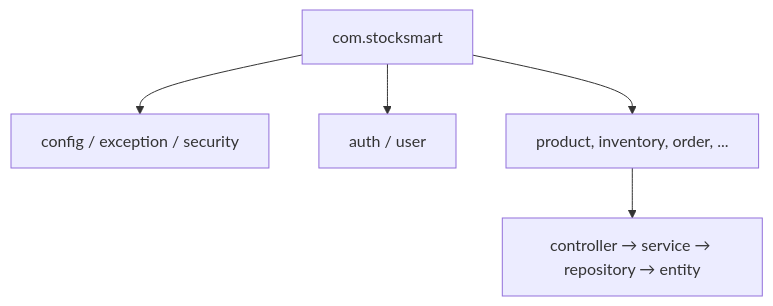
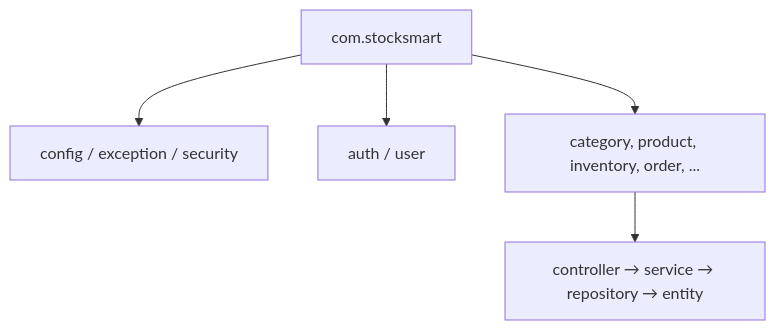
One commit to kirtika-0102/StockSmart changed the first of 4 diagrams in docs/backend-architecture.md. Above: the diagram before and after it, drawn with Mermaid. The commit also changed other lines of this file and 198 other files, not shown here.

````diff
--- a/docs/backend-architecture.md
+++ b/docs/backend-architecture.md
@@ -41,7 +43,7 @@
 ```mermaid
 flowchart TD
     Root["com.stocksmart"] --> Config["config / exception / security"]
     Root --> Auth["auth / user"]
-    Root --> Features["product, inventory, order, ..."]
+    Root --> Features["category, product, inventory, order, ..."]
     Features --> Layers["controller → service → repository → entity"]
 ```
````
